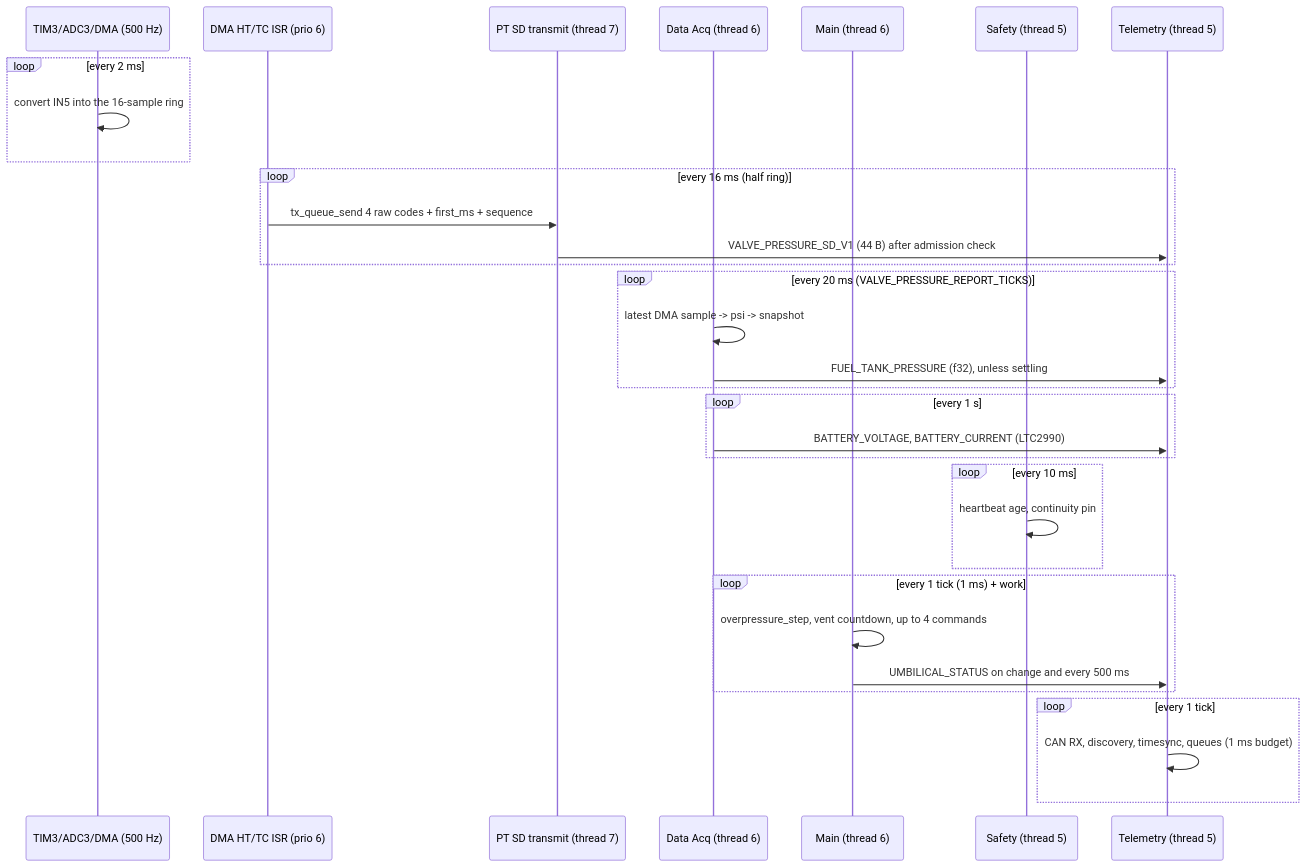
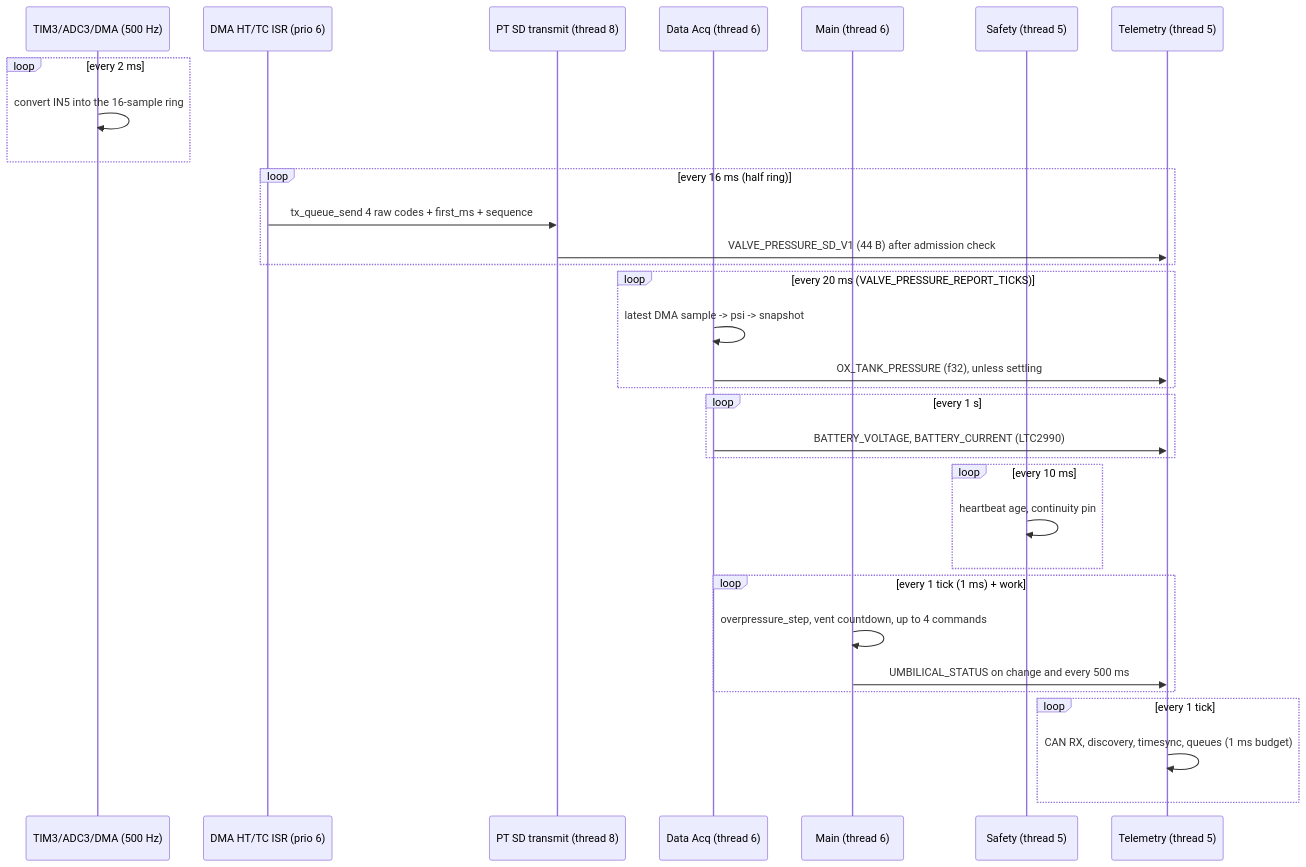
The second of 3 diagrams in docs/data-pipeline.md (University-at-Buffalo-SEDS/ValveBoard26), drawn with Mermaid before and after one commit. The commit also changed other lines of this file and 23 other files, not shown here.

````diff
--- a/docs/data-pipeline.md
+++ b/docs/data-pipeline.md
@@ -51,34 +51,34 @@
 ```mermaid
 sequenceDiagram
   participant T3 as TIM3/ADC3/DMA (500 Hz)
   participant ISR as DMA HT/TC ISR (prio 6)
-  participant SD as PT SD transmit (thread 7)
+  participant SD as PT SD transmit (thread 8)
   participant ACQ as Data Acq (thread 6)
   participant MAIN as Main (thread 6)
   participant SAFE as Safety (thread 5)
   participant NET as Telemetry (thread 5)
   loop every 2 ms
     T3->>T3: convert IN5 into the 16-sample ring
   end
   loop every 16 ms (half ring)
     ISR->>SD: tx_queue_send 4 raw codes + first_ms + sequence
     SD->>NET: VALVE_PRESSURE_SD_V1 (44 B) after admission check
   end
   loop every 20 ms (VALVE_PRESSURE_REPORT_TICKS)
     ACQ->>ACQ: latest DMA sample -> psi -> snapshot
-    ACQ->>NET: FUEL_TANK_PRESSURE (f32), unless settling
+    ACQ->>NET: OX_TANK_PRESSURE (f32), unless settling
   end
   loop every 1 s
     ACQ->>NET: BATTERY_VOLTAGE, BATTERY_CURRENT (LTC2990)
   end
   loop every 10 ms
     SAFE->>SAFE: heartbeat age, continuity pin
   end
   loop every 1 tick (1 ms) + work
     MAIN->>MAIN: overpressure_step, vent countdown, up to 4 commands
     MAIN->>NET: UMBILICAL_STATUS on change and every 500 ms
   end
   loop every 1 tick
     NET->>NET: CAN RX, discovery, timesync, queues (1 ms budget)
   end
 ```
````
